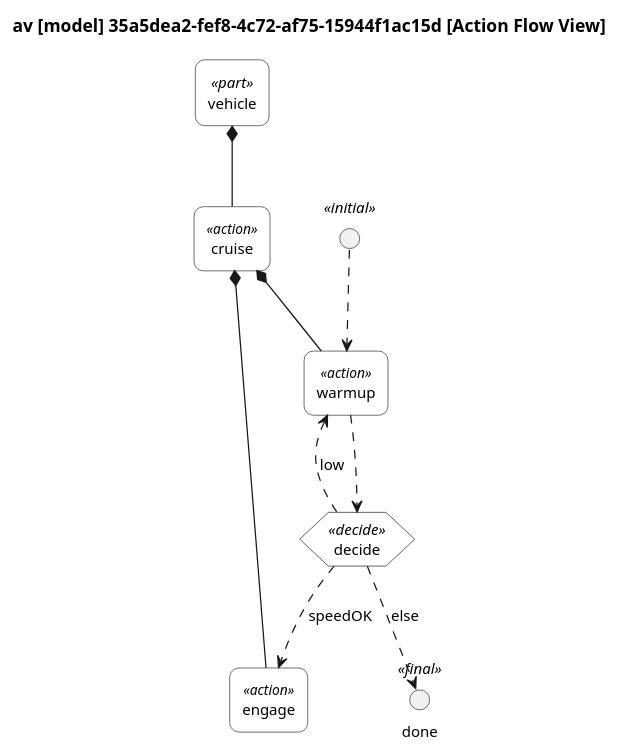
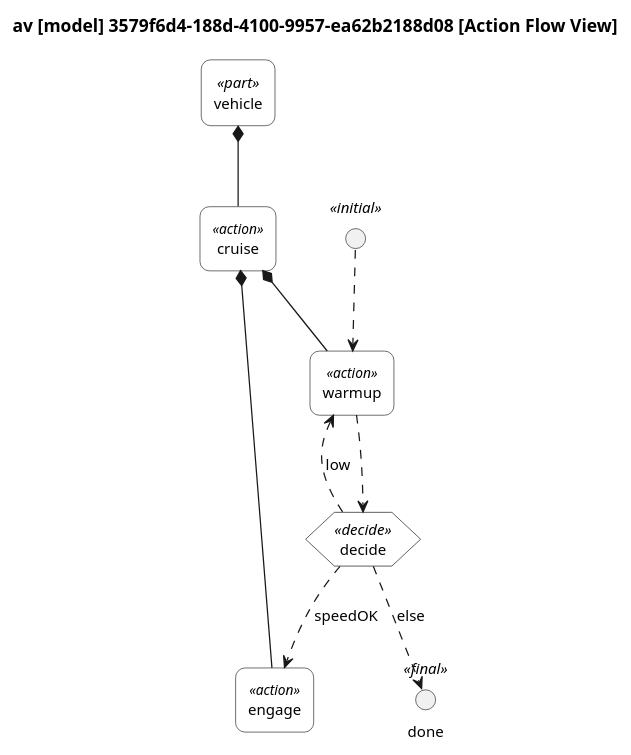
One commit to mycr0ft/sysml2py changed the diagram in docs/plantuml-examples/10-action-flow-view.puml. Above: the diagram before and after it, drawn with PlantUML. The commit also changed 27 other files, not shown here.

```diff
--- a/docs/plantuml-examples/10-action-flow-view.puml
+++ b/docs/plantuml-examples/10-action-flow-view.puml
@@ -1,96 +1,96 @@
 @startuml
 
 skinparam monochrome true
 skinparam wrapWidth 300
 skinparam defaultFontSize 12
 skinparam defaultFontName Helvetica
 
 skinparam rectangle<<action def>> {
     RoundCorner 0
     BackgroundColor white
 }
 skinparam rectangle<<action>> {
     RoundCorner 15
     BackgroundColor white
 }
 skinparam rectangle<<flow def>> {
     RoundCorner 0
     BackgroundColor white
 }
 skinparam rectangle<<flow>> {
     RoundCorner 15
     BackgroundColor white
 }
 skinparam rectangle<<attribute def>> {
     RoundCorner 0
     BackgroundColor white
 }
 skinparam rectangle<<attribute>> {
     RoundCorner 15
     BackgroundColor white
 }
 skinparam rectangle<<port def>> {
     RoundCorner 0
     BackgroundColor white
 }
 skinparam rectangle<<port>> {
     RoundCorner 15
     BackgroundColor white
 }
 skinparam rectangle<<part def>> {
     RoundCorner 0
     BackgroundColor white
 }
 skinparam rectangle<<part>> {
     RoundCorner 15
     BackgroundColor white
 }
 
 ' Swim lane styling for actions
 skinparam rectangle<<action def>> {
     StereotypeFontSize 11
 }
 skinparam rectangle<<action>> {
     StereotypeFontSize 11
 }
 ' Control nodes (initial/final/decision/merge/fork/join)
 skinparam circle<<initial>> {
     BackgroundColor black
     BorderColor black
 }
 skinparam circle<<final>> {
     BackgroundColor white
     BorderColor black
 }
 skinparam hexagon {
     BackgroundColor white
     BorderColor black
 }
 
 top to bottom direction
 
-title av [model] 35a5dea2-fef8-4c72-af75-15944f1ac15d [Action Flow View]
+title av [model] 3579f6d4-188d-4100-9957-ea62b2188d08 [Action Flow View]
 
 hide circle
 
 rectangle "vehicle" as E1 <<part>>
 rectangle "cruise" as E2 <<action>>
 rectangle "warmup" as E4 <<action>>
 rectangle "engage" as E5 <<action>>
 
 E1 *-- E2
 E2 *-- E4
 E2 *-- E5
 
 
 circle " " as CN1 <<initial>>
 CN1 ..> E4
 hexagon "decide" as CN2 <<decide>>
 E4 ..> CN2
 CN2 ..> E5 : speedOK
 CN2 ..> E4 : low
 circle "done" as CN3 <<final>>
 CN2 ..> CN3 : else
 
 
 @enduml
```
